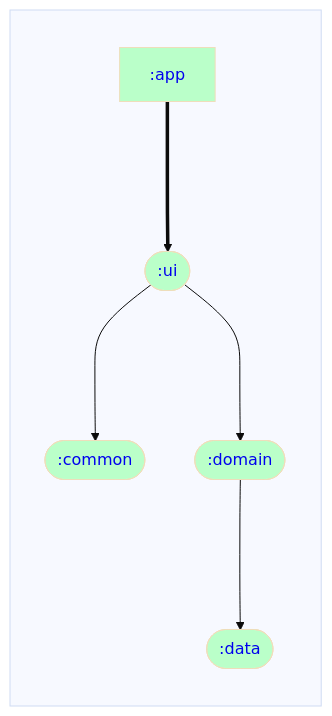
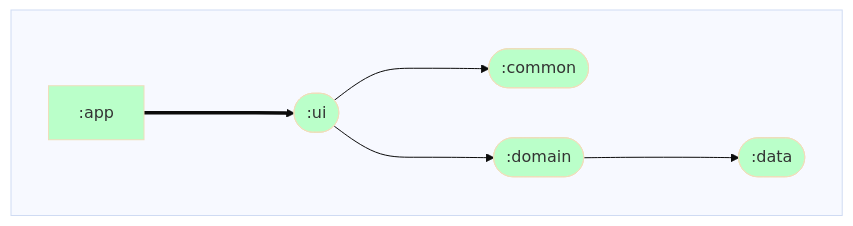
Before and after one commit to ARES-ID/Daedalus: the diagram in app/dependencyGraph.md, drawn with Mermaid. The commit also changed 12 other files, not shown here.

Commit message:
Fix kotlinter & dependency graphs

````diff
--- a/app/dependencyGraph.md
+++ b/app/dependencyGraph.md
@@ -1,28 +1,28 @@
 ```mermaid
 %%{ init: { 'theme': 'base' } }%%
 graph LR;
 
 %% Styling for module nodes by type
 classDef rootNode stroke-width:4px;
 classDef mppNode fill:#ffd2b3,color:#333333;
 classDef andNode fill:#baffc9,color:#333333;
 classDef javaNode fill:#ffb3ba,color:#333333;
 
 %% Modules
 subgraph  
-  direction TB;
-  :app[<a href='https://github.com/rjspies/Daedalus/blob/main/app/dependencyGraph.md' style='text-decoration:auto'>:app</a>]:::andNode;
-  :common([<a href='https://github.com/rjspies/Daedalus/blob/main/common/dependencyGraph.md' style='text-decoration:auto'>:common</a>]):::andNode;
-  :data([<a href='https://github.com/rjspies/Daedalus/blob/main/data/dependencyGraph.md' style='text-decoration:auto'>:data</a>]):::andNode;
-  :domain([<a href='https://github.com/rjspies/Daedalus/blob/main/domain/dependencyGraph.md' style='text-decoration:auto'>:domain</a>]):::andNode;
-  :ui([<a href='https://github.com/rjspies/Daedalus/blob/main/ui/dependencyGraph.md' style='text-decoration:auto'>:ui</a>]):::andNode;
+  direction LR;
+  :app[:app]:::andNode;
+  :common([:common]):::andNode;
+  :data([:data]):::andNode;
+  :domain([:domain]):::andNode;
+  :ui([:ui]):::andNode;
 end
 
 %% Dependencies
 :app===>:ui
 :ui--->:common
 :ui--->:domain
 :domain--->:data
 
 %% Dependents
 ```
````
